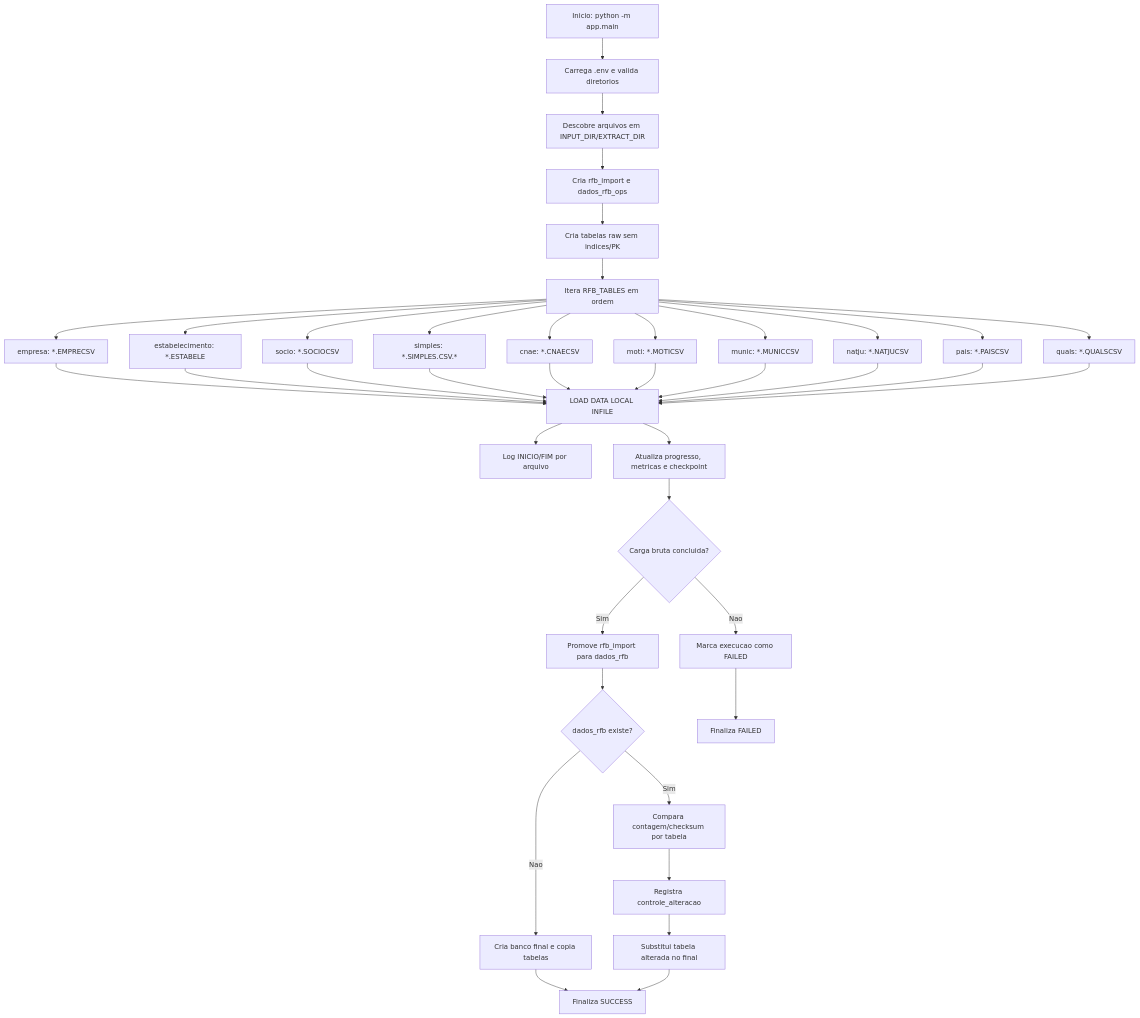
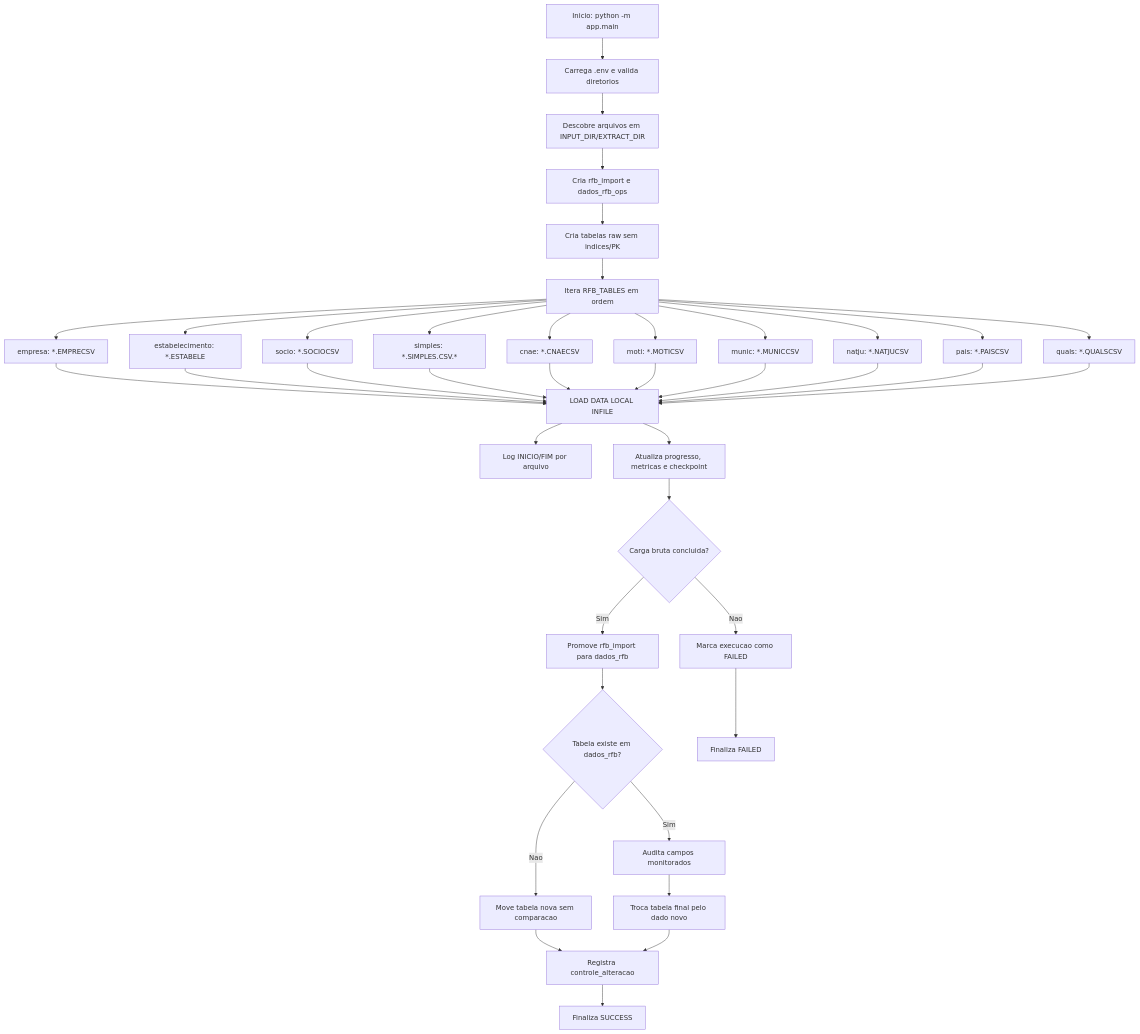
The diagram in docs/diagrams/etl-flow.mmd (vrelme/DADOS_RFB), drawn with Mermaid before and after one commit. The commit also changed 7 other files, not shown here.

```diff
--- a/docs/diagrams/etl-flow.mmd
+++ b/docs/diagrams/etl-flow.mmd
@@ -1,42 +1,42 @@
 flowchart TD
     Start["Inicio: python -m app.main"] --> Env["Carrega .env e valida diretorios"]
     Env --> Files["Descobre arquivos em INPUT_DIR/EXTRACT_DIR"]
     Files --> Schemas["Cria rfb_import e dados_rfb_ops"]
     Schemas --> RawTables["Cria tabelas raw sem indices/PK"]
     RawTables --> Manifest["Itera RFB_TABLES em ordem"]
 
     Manifest --> Empresa["empresa: *.EMPRECSV"]
     Manifest --> Estab["estabelecimento: *.ESTABELE"]
     Manifest --> Socio["socio: *.SOCIOCSV"]
     Manifest --> Simples["simples: *.SIMPLES.CSV.*"]
     Manifest --> Cnae["cnae: *.CNAECSV"]
     Manifest --> Moti["moti: *.MOTICSV"]
     Manifest --> Munic["munic: *.MUNICCSV"]
     Manifest --> Natju["natju: *.NATJUCSV"]
     Manifest --> Pais["pais: *.PAISCSV"]
     Manifest --> Quals["quals: *.QUALSCSV"]
 
     Empresa --> Load["LOAD DATA LOCAL INFILE"]
     Estab --> Load
     Socio --> Load
     Simples --> Load
     Cnae --> Load
     Moti --> Load
     Munic --> Load
     Natju --> Load
     Pais --> Load
     Quals --> Load
 
     Load --> LogFile["Log INICIO/FIM por arquivo"]
     Load --> Ops["Atualiza progresso, metricas e checkpoint"]
     Ops --> AllOk{"Carga bruta concluida?"}
     AllOk -->|Sim| Promote["Promove rfb_import para dados_rfb"]
     AllOk -->|Nao| Fail["Marca execucao como FAILED"]
-    Promote --> Exists{"dados_rfb existe?"}
-    Exists -->|Nao| CopyAll["Cria banco final e copia tabelas"]
-    Exists -->|Sim| Compare["Compara contagem/checksum por tabela"]
-    Compare --> Control["Registra controle_alteracao"]
-    CopyAll --> End["Finaliza SUCCESS"]
-    Control --> Replace["Substitui tabela alterada no final"]
-    Replace --> End
+    Promote --> Exists{"Tabela existe em dados_rfb?"}
+    Exists -->|Nao| CopyAll["Move tabela nova sem comparacao"]
+    Exists -->|Sim| Compare["Audita campos monitorados"]
+    Compare --> Replace["Troca tabela final pelo dado novo"]
+    CopyAll --> Control["Registra controle_alteracao"]
+    Replace --> Control
+    Control --> End["Finaliza SUCCESS"]
     Fail --> EndFail["Finaliza FAILED"]
```
